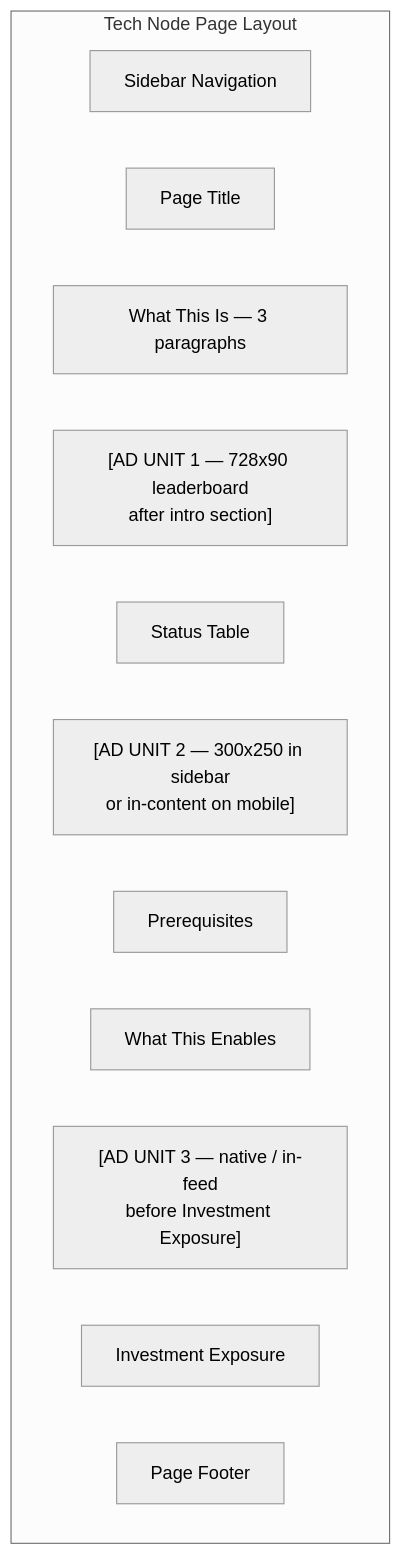
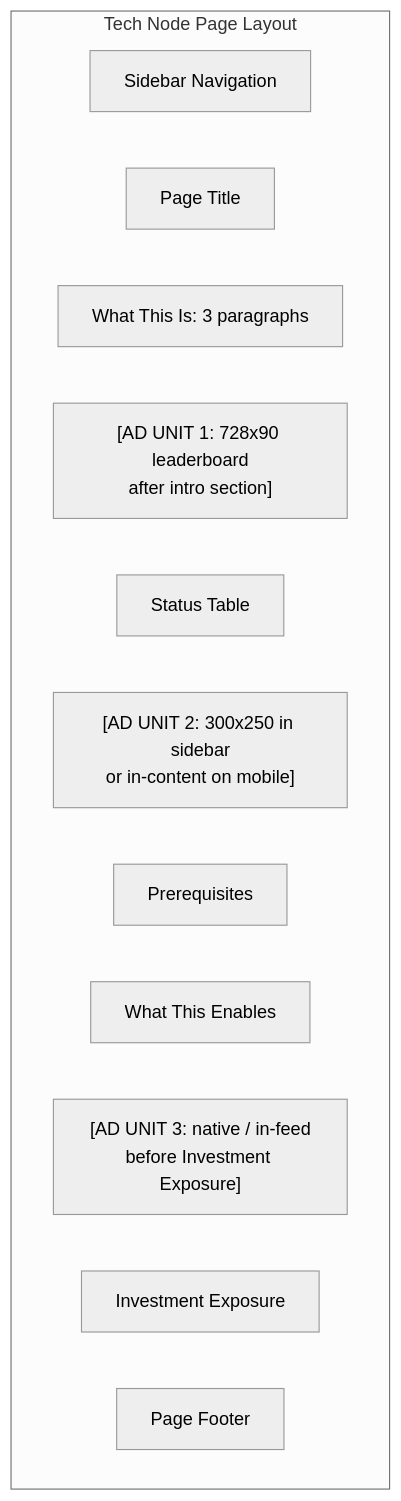
One commit to mengliang10/future changed the second of 4 diagrams in enhancements/07-monetize-adsense.md. Above: the diagram before and after it, drawn with Mermaid (neutral theme). The commit also changed other lines of this file and 348 other files, not shown here.

Commit message:
Global removal of em-dashes, homepage section reordering, and flow improvements

````diff
--- a/enhancements/07-monetize-adsense.md
+++ b/enhancements/07-monetize-adsense.md
@@ -64,16 +64,16 @@
 ```mermaid
 flowchart TD
     subgraph TechNodePage["Tech Node Page Layout"]
         NAV[Sidebar Navigation]
         H1[Page Title]
-        INTRO[What This Is — 3 paragraphs]
-        AD1["[AD UNIT 1 — 728x90 leaderboard\nafter intro section]"]
+        INTRO[What This Is: 3 paragraphs]
+        AD1["[AD UNIT 1: 728x90 leaderboard\nafter intro section]"]
         STATUS[Status Table]
-        AD2["[AD UNIT 2 — 300x250 in sidebar\nor in-content on mobile]"]
+        AD2["[AD UNIT 2: 300x250 in sidebar\nor in-content on mobile]"]
         PREREQS[Prerequisites]
         ENABLES[What This Enables]
-        AD3["[AD UNIT 3 — native / in-feed\nbefore Investment Exposure]"]
+        AD3["[AD UNIT 3: native / in-feed\nbefore Investment Exposure]"]
         INVEST[Investment Exposure]
         FOOTER[Page Footer]
     end
 ```
````
